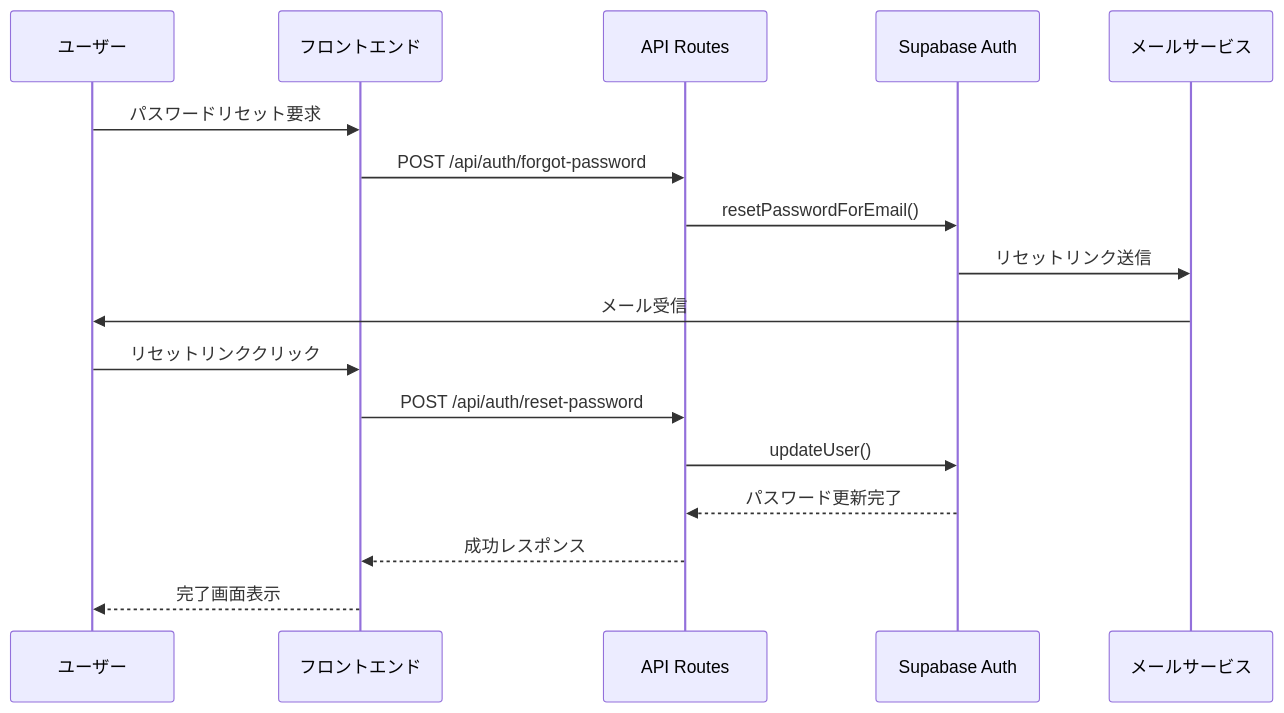
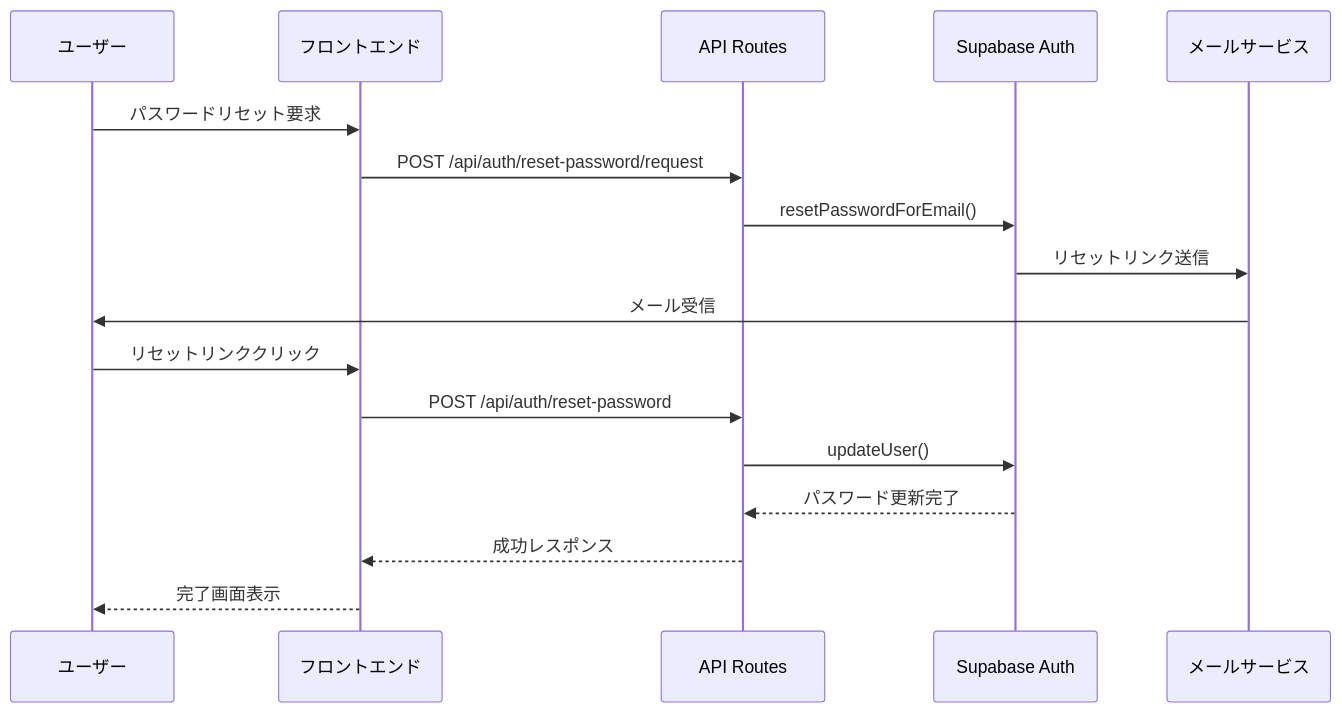
Before and after one commit to QueueCorpJP/mokin-recruit: the diagram in docs/features/password-reset.md, drawn with Mermaid. The commit also changed other lines of this file and 9 other files, not shown here.

````diff
--- a/docs/features/password-reset.md
+++ b/docs/features/password-reset.md
@@ -12,20 +12,20 @@
 ```mermaid
 sequenceDiagram
     participant User as ユーザー
     participant Frontend as フロントエンド
     participant API as API Routes
     participant Supabase as Supabase Auth
     participant Email as メールサービス
 
     User->>Frontend: パスワードリセット要求
-    Frontend->>API: POST /api/auth/forgot-password
+    Frontend->>API: POST /api/auth/reset-password/request
     API->>Supabase: resetPasswordForEmail()
     Supabase->>Email: リセットリンク送信
     Email->>User: メール受信
     User->>Frontend: リセットリンククリック
     Frontend->>API: POST /api/auth/reset-password
     API->>Supabase: updateUser()
     Supabase-->>API: パスワード更新完了
     API-->>Frontend: 成功レスポンス
     Frontend-->>User: 完了画面表示
 ```
````
